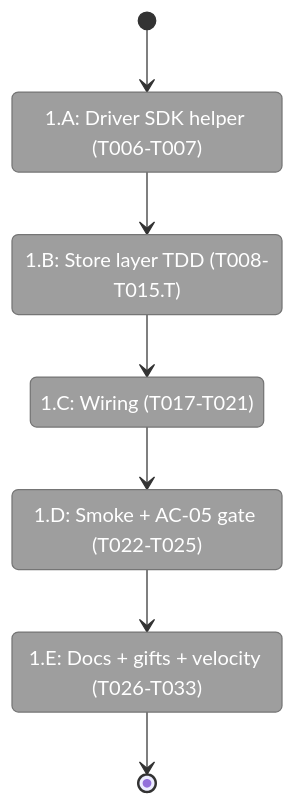
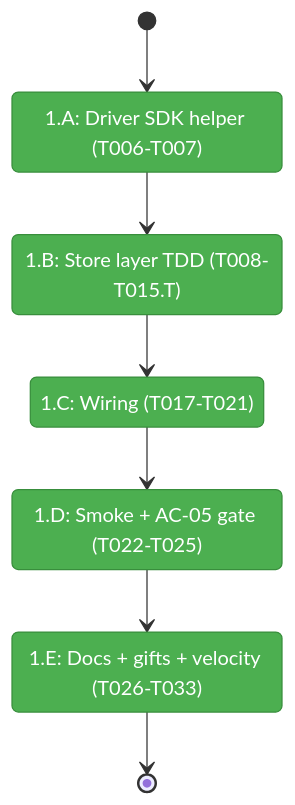
Before and after one commit to vaughanknight/pij: the first of 2 diagrams in docs/plans/008-ralph-loop-extension/tasks/phase-1-build/tasks.fltplan.md, drawn with Mermaid. The commit also changed other lines of this file and 1 other file, not shown here.

````diff
--- a/docs/plans/008-ralph-loop-extension/tasks/phase-1-build/tasks.fltplan.md
+++ b/docs/plans/008-ralph-loop-extension/tasks/phase-1-build/tasks.fltplan.md
@@ -44,22 +44,22 @@
 ```mermaid
 stateDiagram-v2
     classDef pending fill:#9E9E9E,stroke:#757575,color:#fff
     classDef active fill:#FFC107,stroke:#FFA000,color:#000
     classDef done fill:#4CAF50,stroke:#388E3C,color:#fff
     classDef blocked fill:#F44336,stroke:#D32F2F,color:#fff
 
     state "1.A: Driver SDK helper (T006-T007)" as S1A
     state "1.B: Store layer TDD (T008-T015.T)" as S1B
     state "1.C: Wiring (T017-T021)" as S1C
     state "1.D: Smoke + AC-05 gate (T022-T025)" as S1D
     state "1.E: Docs + gifts + velocity (T026-T033)" as S1E
 
     [*] --> S1A
     S1A --> S1B
     S1B --> S1C
     S1C --> S1D
     S1D --> S1E
     S1E --> [*]
 
-    class S1A,S1B,S1C,S1D,S1E pending
+    class S1A,S1B,S1C,S1D,S1E done
 ```
````
